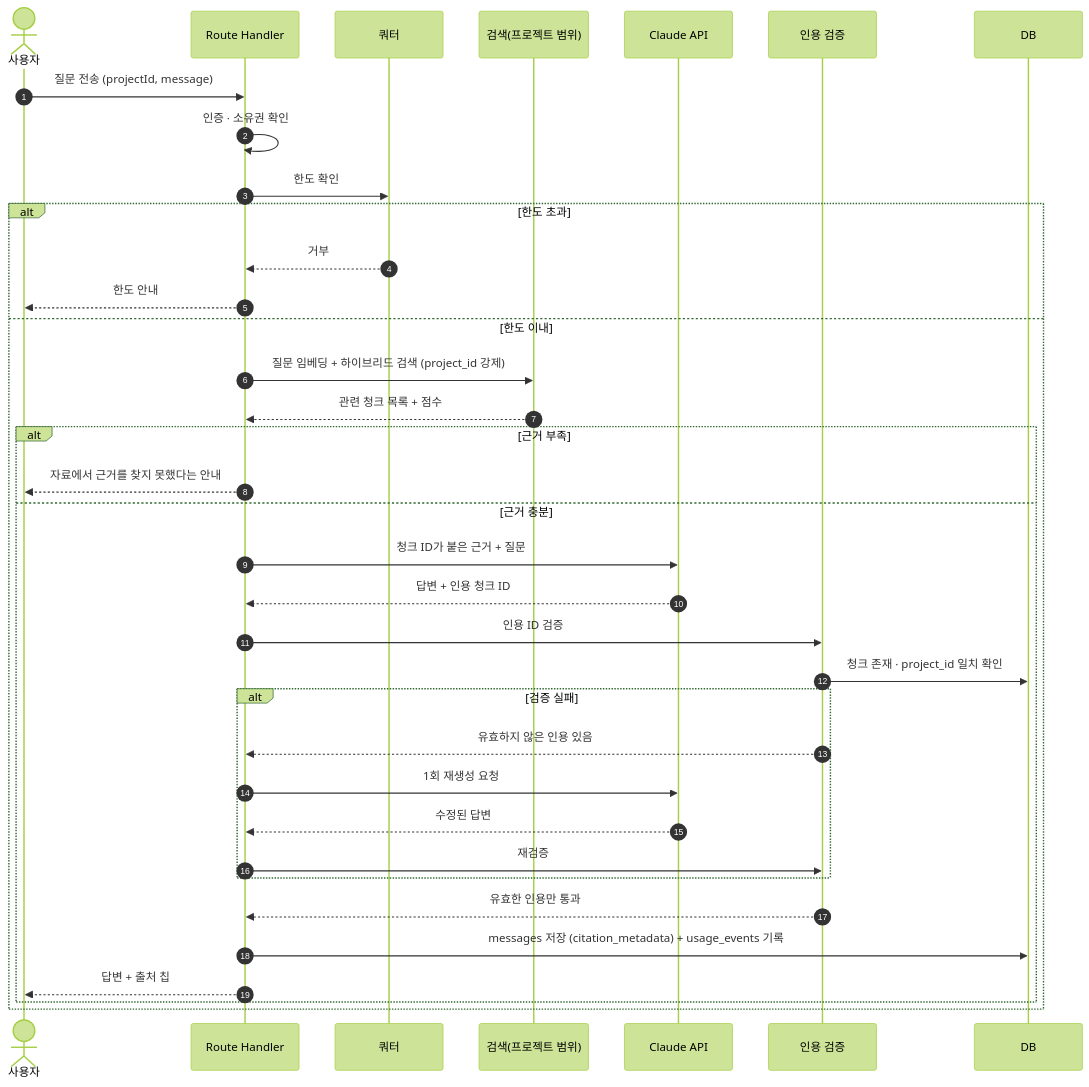
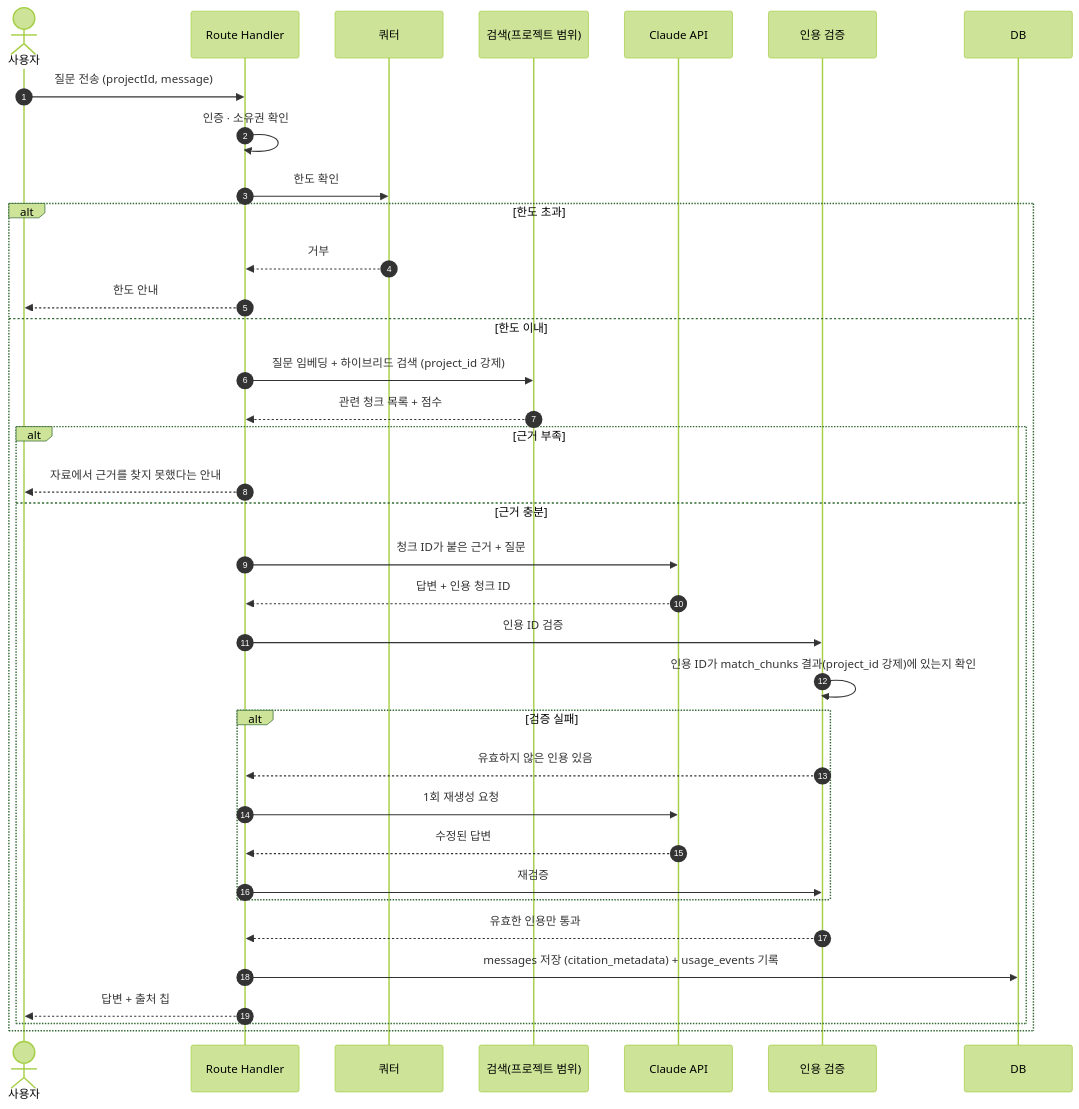
Before and after one commit to DevOps0906/KNOWFLOW-AI: the third of 3 diagrams in docs/diagrams/02-rag-and-job-flow.md, drawn with Mermaid (forest theme). The commit also changed 44 other files, not shown here.

````diff
--- a/docs/diagrams/02-rag-and-job-flow.md
+++ b/docs/diagrams/02-rag-and-job-flow.md
@@ -64,39 +64,39 @@
 ```mermaid
 sequenceDiagram
   autonumber
   actor U as 사용자
   participant A as Route Handler
   participant Q as 쿼터
   participant S as 검색(프로젝트 범위)
   participant L as Claude API
   participant V as 인용 검증
   participant D as DB
 
   U->>A: 질문 전송 (projectId, message)
   A->>A: 인증 · 소유권 확인
   A->>Q: 한도 확인
   alt 한도 초과
     Q-->>A: 거부
     A-->>U: 한도 안내
   else 한도 이내
     A->>S: 질문 임베딩 + 하이브리드 검색 (project_id 강제)
     S-->>A: 관련 청크 목록 + 점수
     alt 근거 부족
       A-->>U: 자료에서 근거를 찾지 못했다는 안내
     else 근거 충분
       A->>L: 청크 ID가 붙은 근거 + 질문
       L-->>A: 답변 + 인용 청크 ID
       A->>V: 인용 ID 검증
-      V->>D: 청크 존재 · project_id 일치 확인
+      V->>V: 인용 ID가 match_chunks 결과(project_id 강제)에 있는지 확인
       alt 검증 실패
         V-->>A: 유효하지 않은 인용 있음
         A->>L: 1회 재생성 요청
         L-->>A: 수정된 답변
         A->>V: 재검증
       end
       V-->>A: 유효한 인용만 통과
       A->>D: messages 저장 (citation_metadata) + usage_events 기록
       A-->>U: 답변 + 출처 칩
     end
   end
 ```
````
